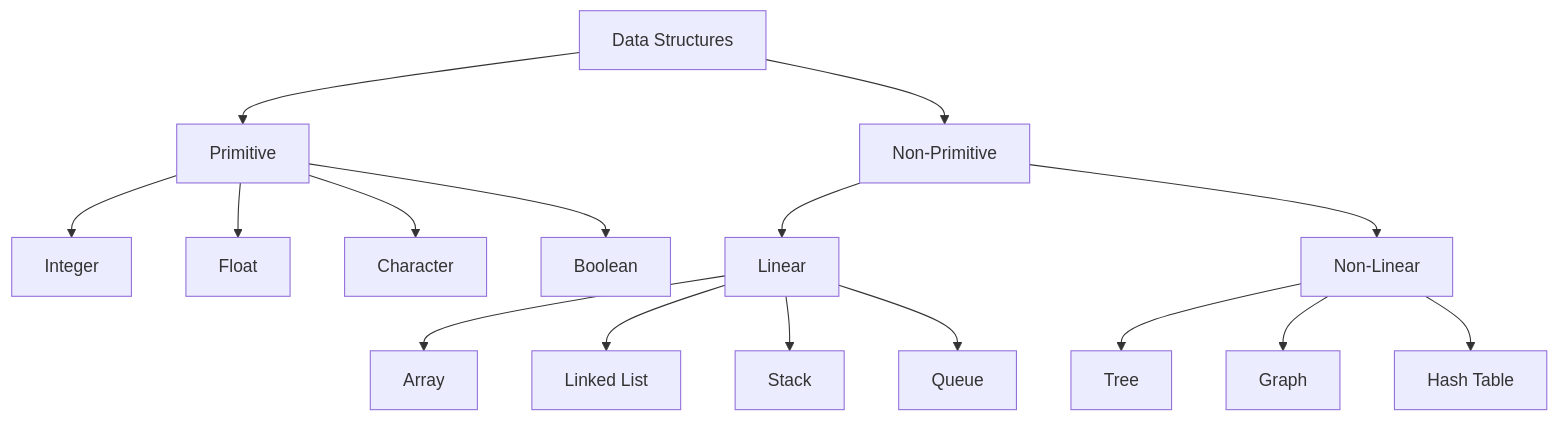
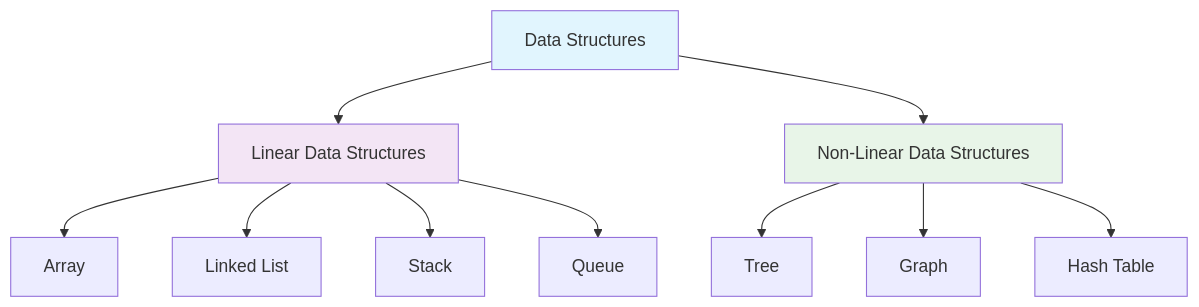
One commit to khieu-dv/vievlog changed the first of 2 diagrams in src/content/soft-skills/dsa/bai-2.mdx. Above: the diagram before and after it, drawn with Mermaid. The commit also changed other lines of this file and 8 other files, not shown here.

````diff
--- a/src/content/soft-skills/dsa/bai-2.mdx
+++ b/src/content/soft-skills/dsa/bai-2.mdx
@@ -41,22 +38,18 @@
 ```mermaid
 graph TD
-    DS[Data Structures] --> P[Primitive]
-    DS --> NP[Non-Primitive]
-
-    P --> INT[Integer]
-    P --> FLOAT[Float]
-    P --> CHAR[Character]
-    P --> BOOL[Boolean]
-
-    NP --> LINEAR[Linear]
-    NP --> NONLINEAR[Non-Linear]
-
-    LINEAR --> ARRAY[Array]
-    LINEAR --> LL[Linked List]
-    LINEAR --> STACK[Stack]
-    LINEAR --> QUEUE[Queue]
-
-    NONLINEAR --> TREE[Tree]
-    NONLINEAR --> GRAPH[Graph]
-    NONLINEAR --> HASH[Hash Table]
+    A[Data Structures] --> B[Linear Data Structures]
+    A --> C[Non-Linear Data Structures]
+    
+    B --> D[Array]
+    B --> E[Linked List]
+    B --> F[Stack]
+    B --> G[Queue]
+    
+    C --> H[Tree]
+    C --> I[Graph]
+    C --> J[Hash Table]
+    
+    style A fill:#e1f5fe
+    style B fill:#f3e5f5
+    style C fill:#e8f5e8
 ```
````
